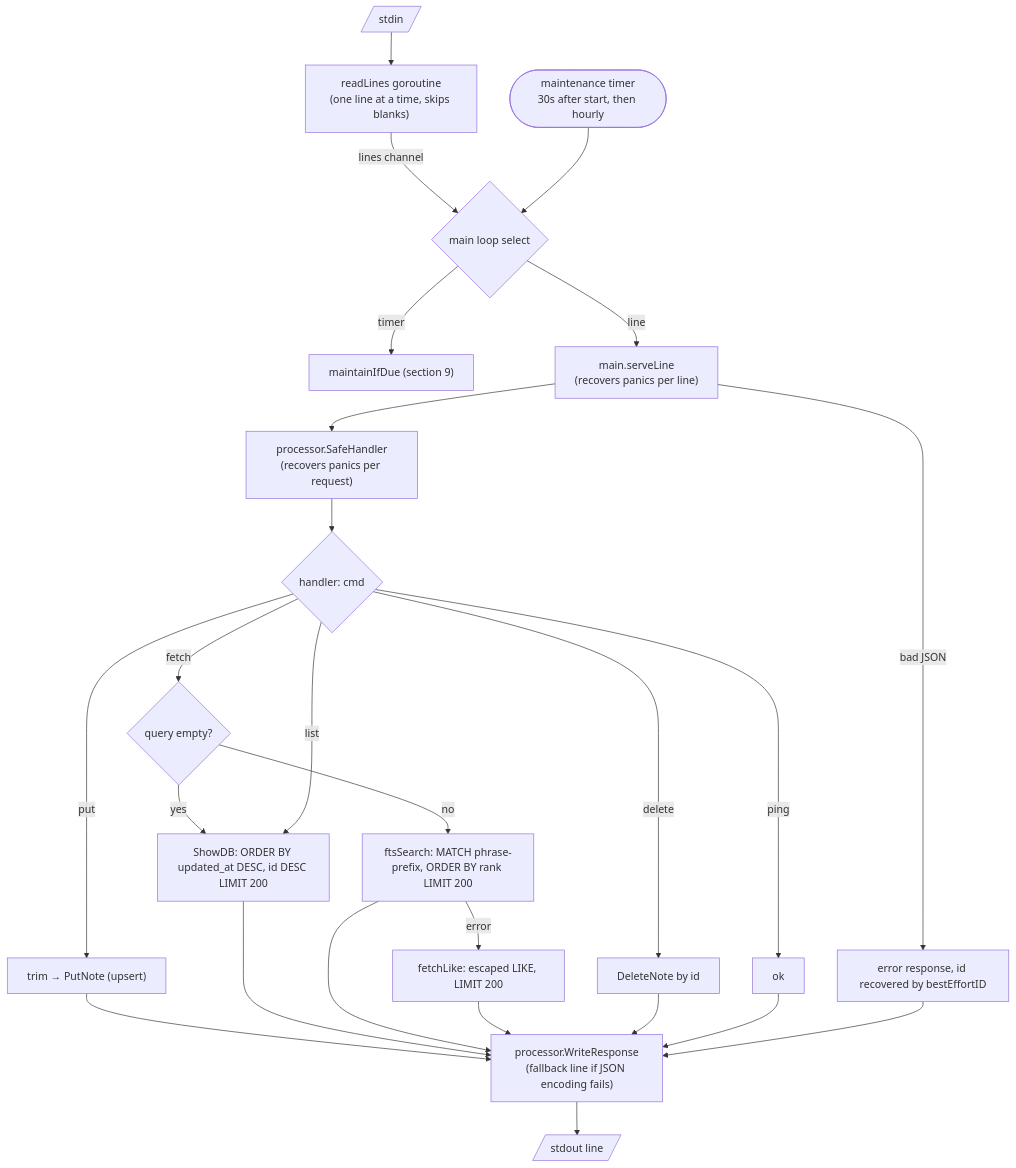
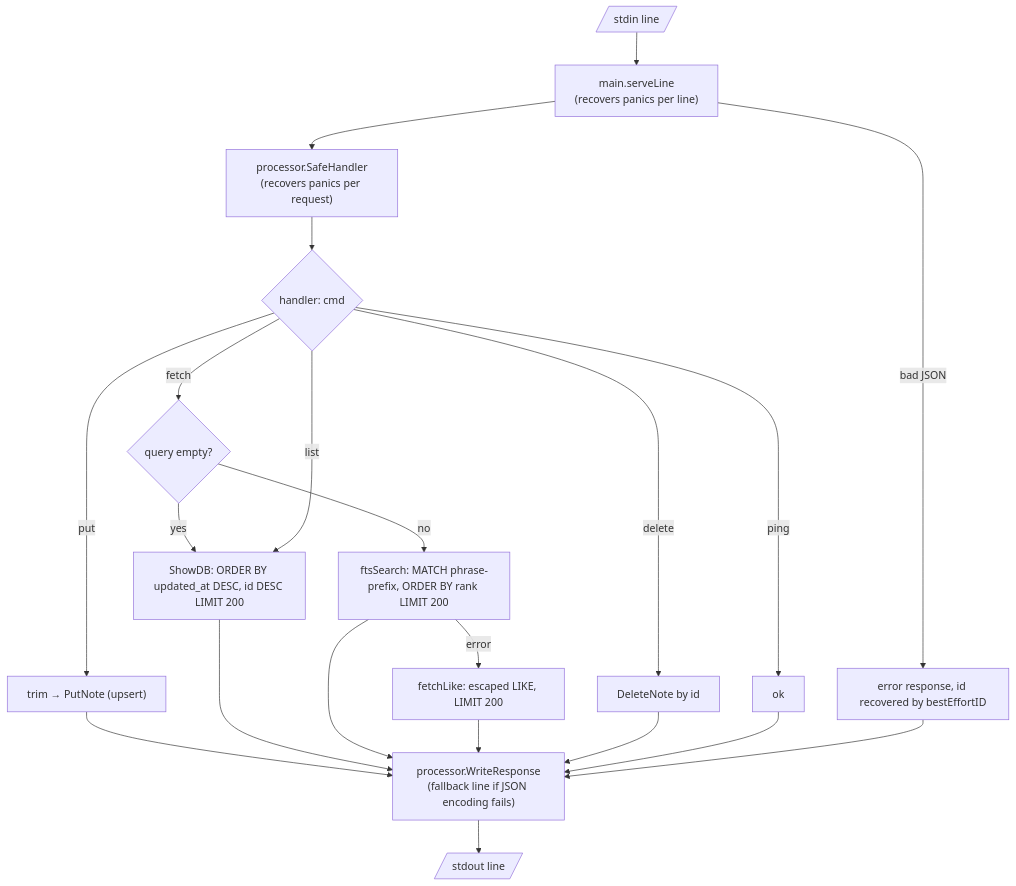
One commit to Rishabh-Hupr/note-taking changed the seventh of 12 diagrams in DATA_FLOW.md. Above: the diagram before and after it, drawn with Mermaid. The commit also changed other lines of this file and 4 other files, not shown here.

````diff
--- a/DATA_FLOW.md
+++ b/DATA_FLOW.md
@@ -213,21 +213,17 @@
 ```mermaid
 flowchart TD
-    stdin[/"stdin"/] --> reader["readLines goroutine<br/>(one line at a time, skips blanks)"]
-    reader -->|lines channel| sel{"main loop select"}
-    timer(["maintenance timer<br/>30s after start, then hourly"]) --> sel
-    sel -->|timer| maint["maintainIfDue (section 9)"]
-    sel -->|line| serve["main.serveLine<br/>(recovers panics per line)"]
+    stdin[/"stdin line"/] --> serve["main.serveLine<br/>(recovers panics per line)"]
     serve -->|bad JSON| bad["error response, id recovered by bestEffortID"]
     serve --> safe["processor.SafeHandler<br/>(recovers panics per request)"]
     safe --> h{"handler: cmd"}
     h -->|put| put["trim → PutNote (upsert)"]
     h -->|fetch| fetch{"query empty?"}
     fetch -->|yes| show["ShowDB: ORDER BY updated_at DESC, id DESC LIMIT 200"]
     fetch -->|no| fts["ftsSearch: MATCH phrase-prefix, ORDER BY rank LIMIT 200"]
     fts -->|error| like["fetchLike: escaped LIKE, LIMIT 200"]
     h -->|list| show
     h -->|delete| delete["DeleteNote by id"]
     h -->|ping| ok["ok"]
     put & show & fts & like & delete & ok & bad --> write["processor.WriteResponse<br/>(fallback line if JSON encoding fails)"]
     write --> stdout[/"stdout line"/]
 ```
````
